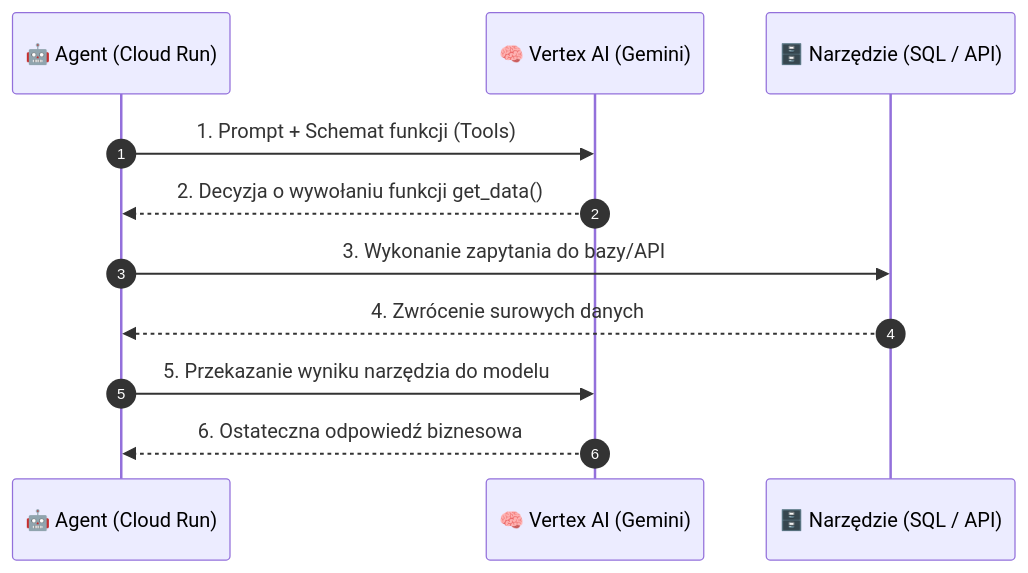
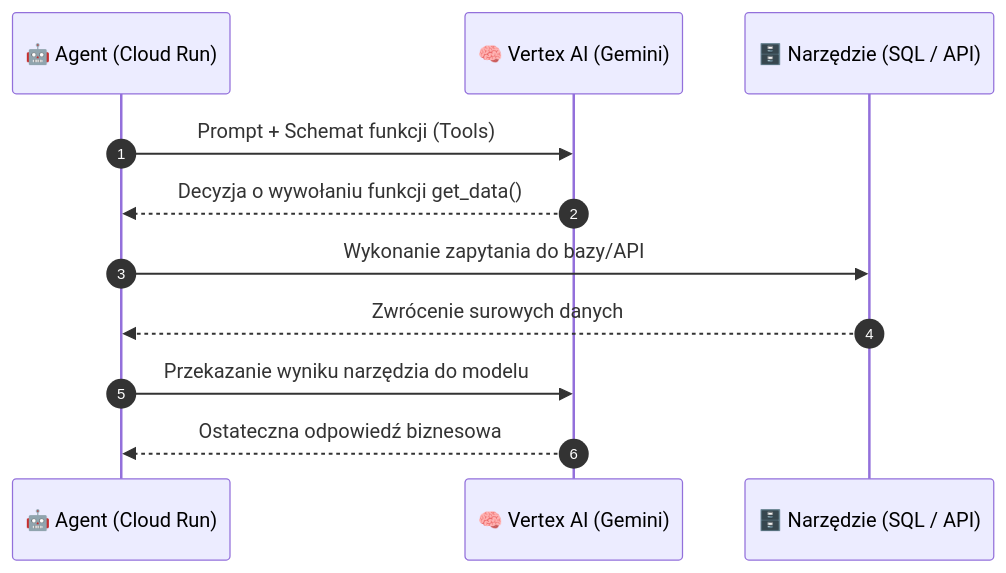
One commit to majsterkovic/a2ui changed the diagram in docs/public/gcp-course/03-gemini-enterprise.md. Above: the diagram before and after it, drawn with Mermaid. The commit also changed other lines of this file and 8 other files, not shown here.

````diff
--- a/docs/public/gcp-course/03-gemini-enterprise.md
+++ b/docs/public/gcp-course/03-gemini-enterprise.md
@@ -41,14 +41,14 @@
 ```mermaid
 sequenceDiagram
     autonumber
     participant A as 🤖 Agent (Cloud Run)
     participant V as 🧠 Vertex AI (Gemini)
     participant T as 🗄️ Narzędzie (SQL / API)
 
-    A->>V: 1. Prompt + Schemat funkcji (Tools)
-    V-->>A: 2. Decyzja o wywołaniu funkcji get_data()
-    A->>T: 3. Wykonanie zapytania do bazy/API
-    T-->>A: 4. Zwrócenie surowych danych
-    A->>V: 5. Przekazanie wyniku narzędzia do modelu
-    V-->>A: 6. Ostateczna odpowiedź biznesowa
+    A->>V: Prompt + Schemat funkcji (Tools)
+    V-->>A: Decyzja o wywołaniu funkcji get_data()
+    A->>T: Wykonanie zapytania do bazy/API
+    T-->>A: Zwrócenie surowych danych
+    A->>V: Przekazanie wyniku narzędzia do modelu
+    V-->>A: Ostateczna odpowiedź biznesowa
 ```
````
